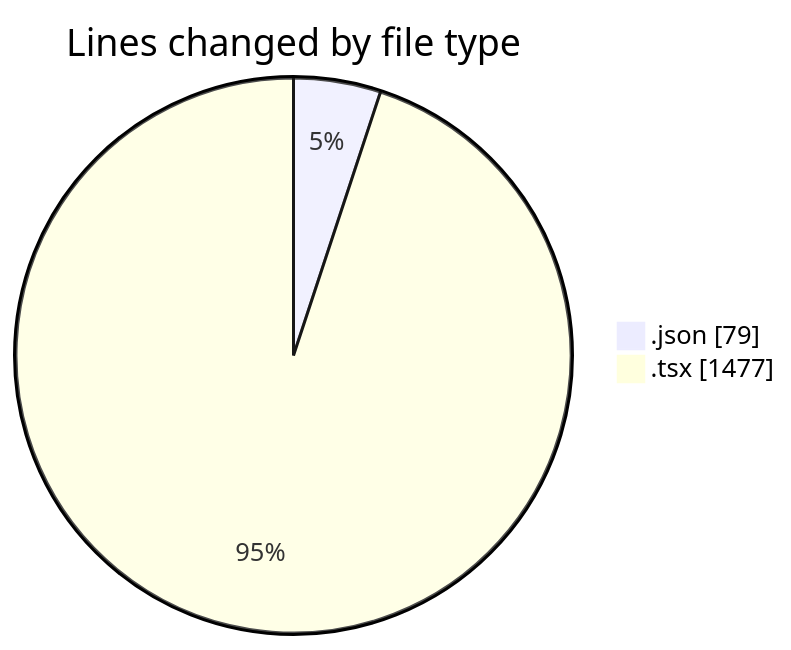
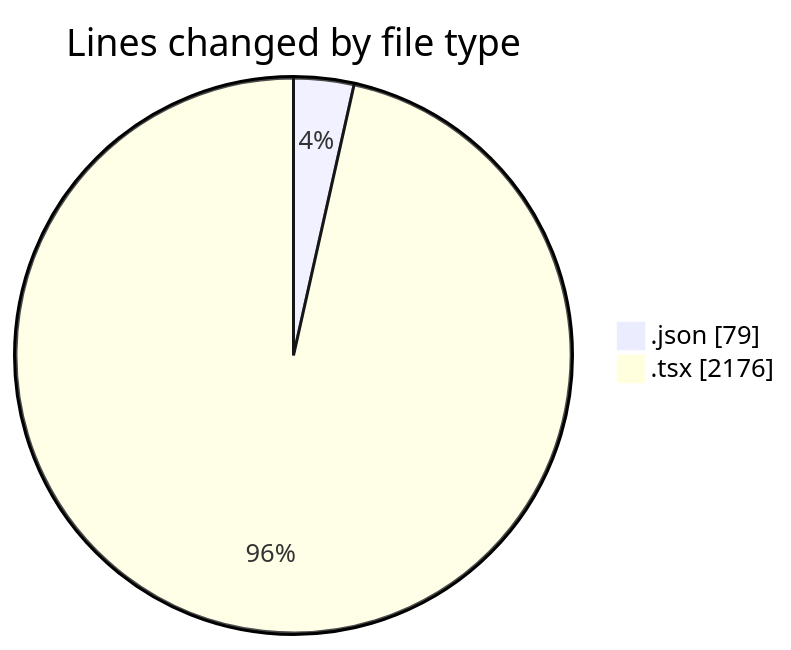
One commit to nxtqubesakshisongat/code-tracking changed the first of 2 diagrams in 2026-05-21/nxtqube_webapp/README.md. Above: the diagram before and after it, drawn with Mermaid. The commit also changed other lines of this file and 1 other file, not shown here.

````diff
--- a/2026-05-21/nxtqube_webapp/README.md
+++ b/2026-05-21/nxtqube_webapp/README.md
@@ -21,6 +22,6 @@
 ```mermaid
 pie showData
 title Lines changed by file type
 ".json" : 79
-".tsx" : 1477
+".tsx" : 2176
 ```
````
